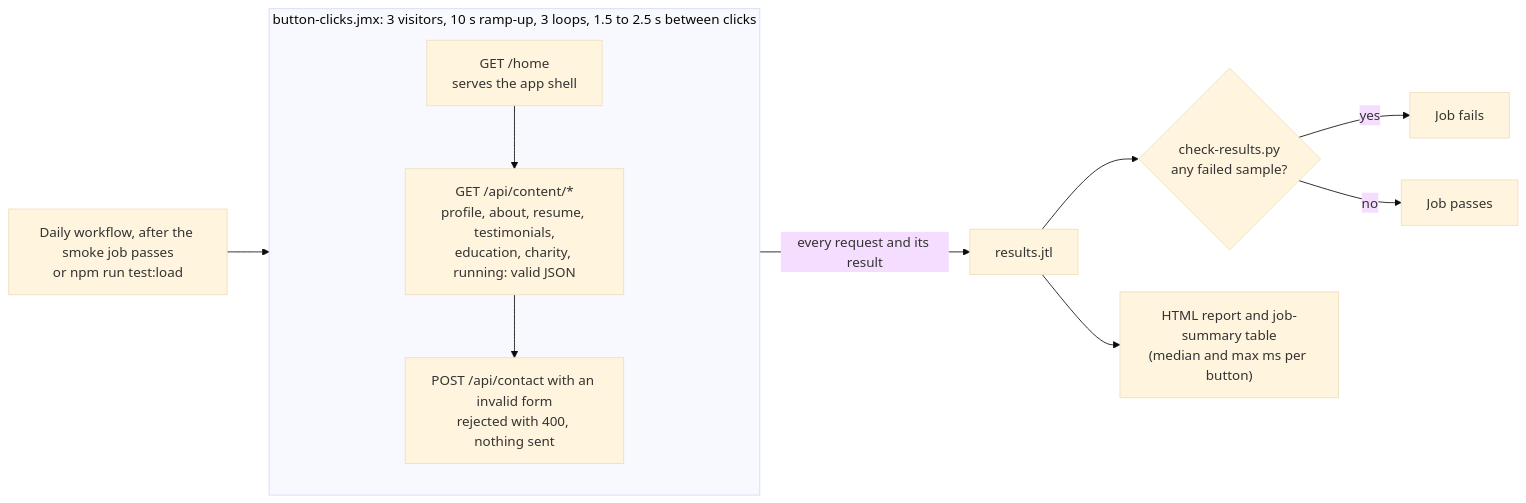
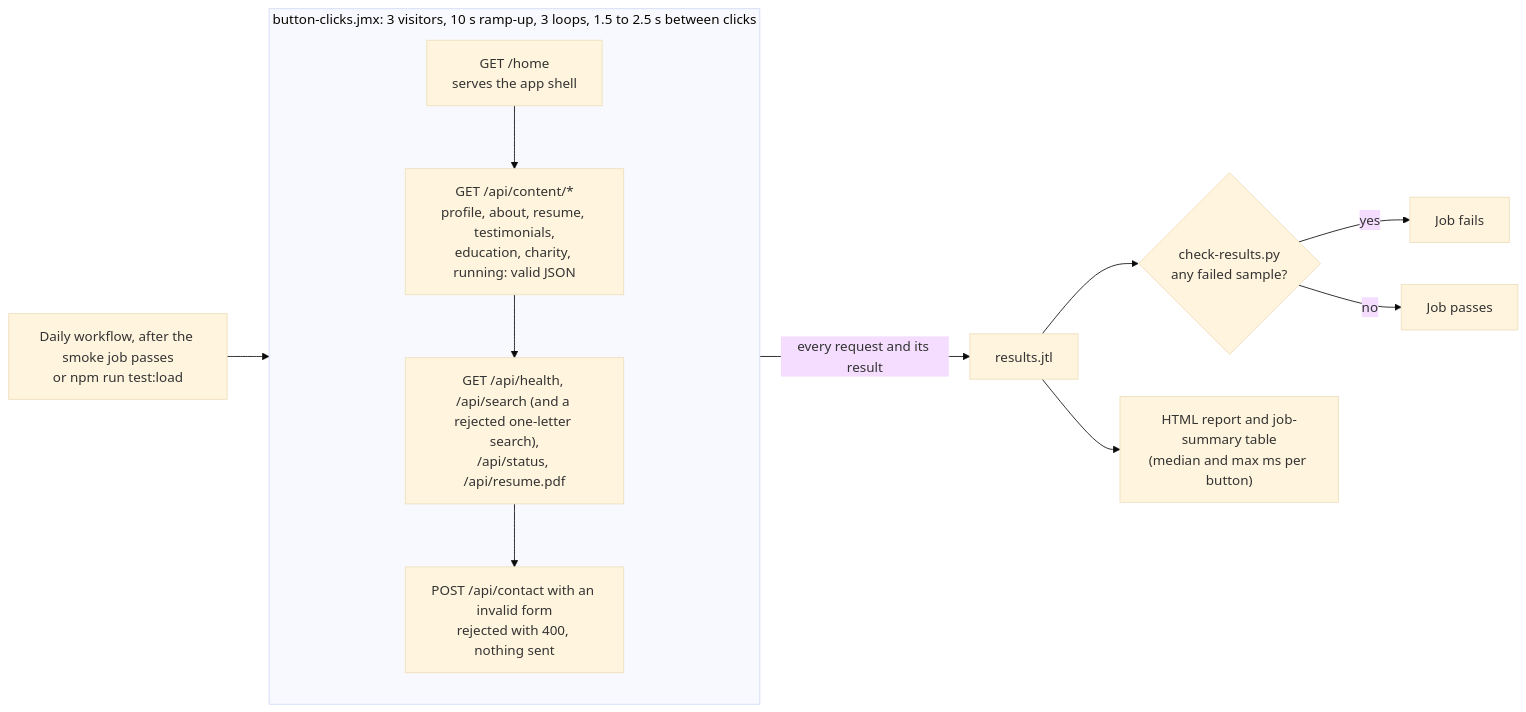
The fourth of 4 diagrams in docs/testing.md (shane24sweeney/aboutshane), drawn with Mermaid (base theme) before and after one commit. The commit also changed 32 other files, not shown here.

Commit message:
Add site search, résumé PDF and status APIs, with a search box, download button and status badge

````diff
--- a/docs/testing.md
+++ b/docs/testing.md
@@ -266,16 +266,17 @@
 ```mermaid
 flowchart LR
   start["Daily workflow, after the smoke job passes<br/>or npm run test:load"] --> plan
 
   subgraph plan["button-clicks.jmx: 3 visitors, 10 s ramp-up, 3 loops, 1.5 to 2.5 s between clicks"]
     direction TB
     home["GET /home<br/>serves the app shell"] --> nav["GET /api/content/*<br/>profile, about, resume, testimonials,<br/>education, charity, running: valid JSON"]
-    nav --> contact["POST /api/contact with an invalid form<br/>rejected with 400, nothing sent"]
+    nav --> api["GET /api/health, /api/search (and a rejected one-letter search),<br/>/api/status, /api/resume.pdf"]
+    api --> contact["POST /api/contact with an invalid form<br/>rejected with 400, nothing sent"]
   end
 
   plan -- "every request and its result" --> jtl["results.jtl"]
   jtl --> check{"check-results.py<br/>any failed sample?"}
   check -- yes --> fail["Job fails"]
   check -- no --> pass["Job passes"]
   jtl --> report["HTML report and job-summary table<br/>(median and max ms per button)"]
 ```
````
